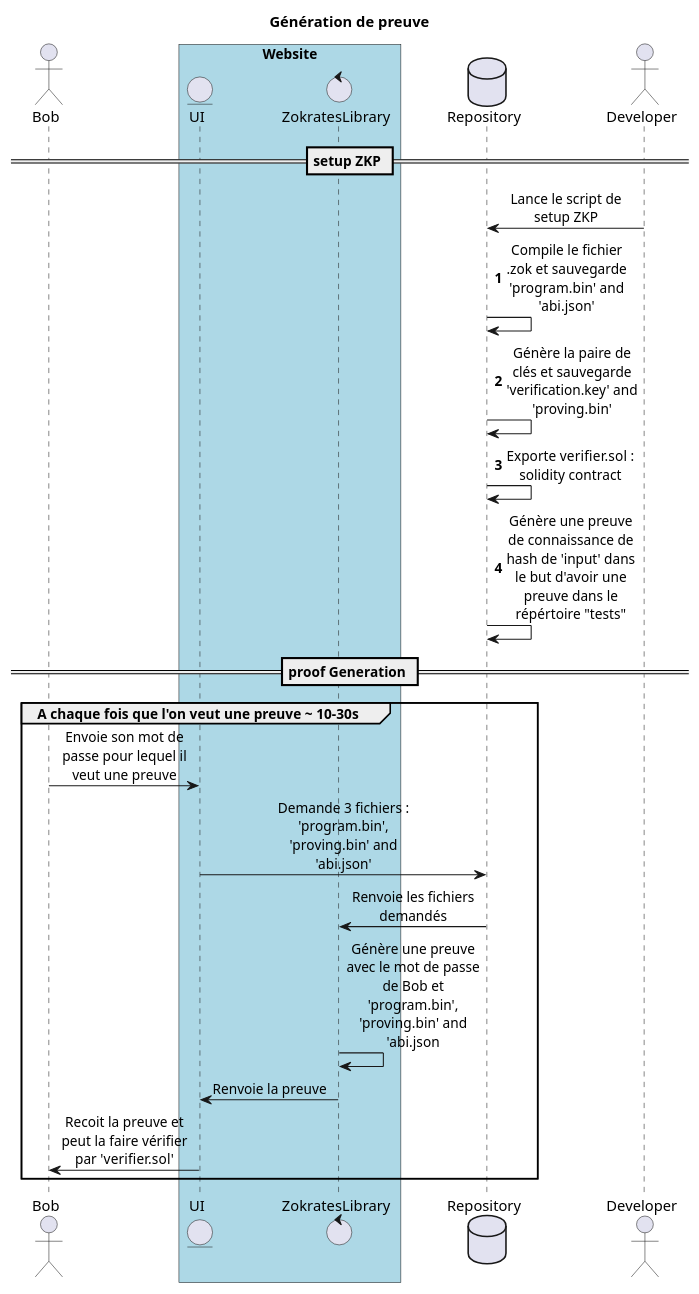
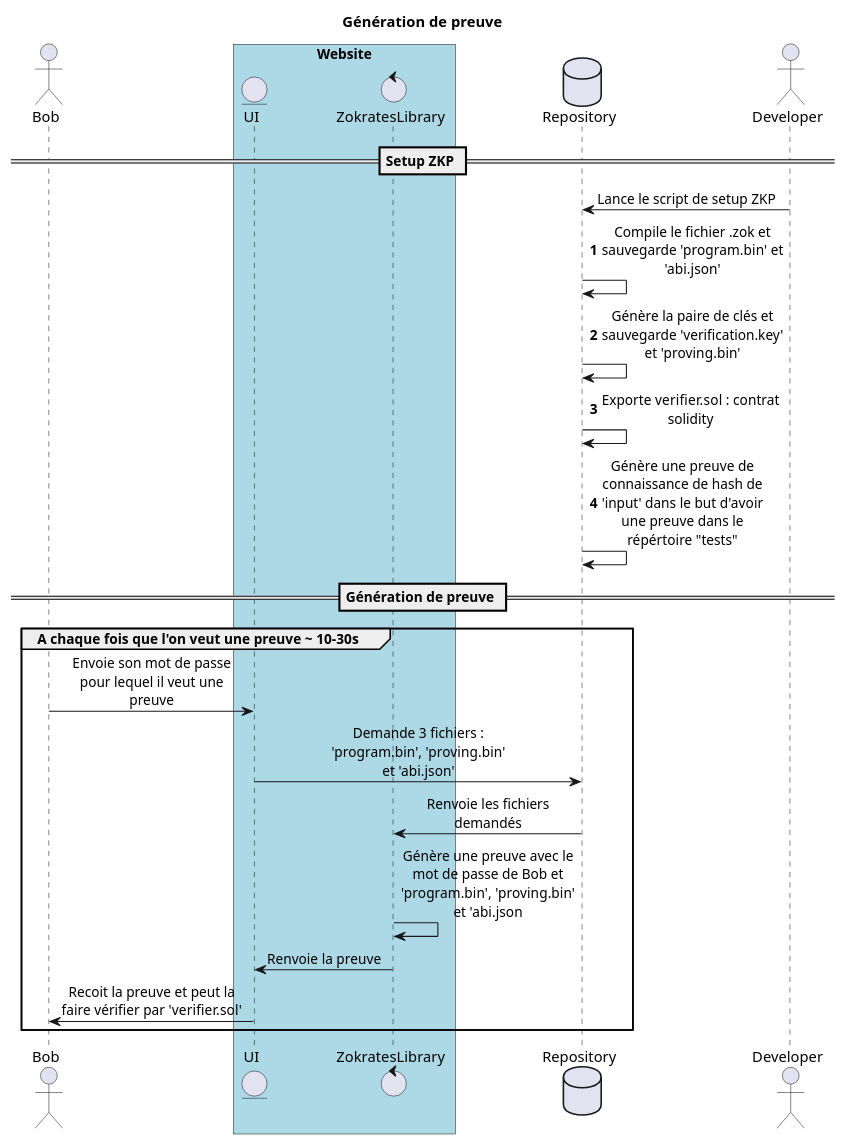
Before and after one commit to AymericNoel/POC_OCTO_ZKP: the diagram in docs/plantUML files/fr/GenerationPreuve.wsd, drawn with PlantUML. The commit also changed 4 other files, not shown here.

Commit message:
Update plantuml files

```diff
--- a/docs/plantUML files/fr/GenerationPreuve.wsd
+++ b/docs/plantUML files/fr/GenerationPreuve.wsd
@@ -1,31 +1,31 @@
-@startuml proofGeneration
+@startuml GenerationPreuve
 title **Génération de preuve**
 skinparam sequenceMessageAlign center
-skinparam maxMessageSize 130
+skinparam maxMessageSize 180
 actor Bob
 box "Website" #LightBlue
 entity UI
 control ZokratesLibrary
 end box
 database Repository
 actor Developer
 
-== setup ZKP ==
+== Setup ZKP ==
 Developer -> Repository: Lance le script de setup ZKP
 autonumber
-Repository-> Repository : Compile le fichier .zok et sauvegarde 'program.bin' and 'abi.json'
-Repository -> Repository: Génère la paire de clés et sauvegarde 'verification.key' and 'proving.bin'
-Repository -> Repository: Exporte verifier.sol : solidity contract
+Repository-> Repository : Compile le fichier .zok et sauvegarde 'program.bin' et 'abi.json'
+Repository -> Repository: Génère la paire de clés et sauvegarde 'verification.key' et 'proving.bin'
+Repository -> Repository: Exporte verifier.sol : contrat solidity
 Repository-> Repository: Génère une preuve de connaissance de hash de 'input' dans le but d'avoir une preuve dans le répértoire "tests"
 autonumber stop
-== proof Generation ==
+== Génération de preuve ==
 group A chaque fois que l'on veut une preuve ~ 10-30s
 Bob -> UI: Envoie son mot de passe pour lequel il veut une preuve
-UI-> Repository: Demande 3 fichiers : 'program.bin', 'proving.bin' and 'abi.json'
+UI-> Repository: Demande 3 fichiers : 'program.bin', 'proving.bin' et 'abi.json'
 Repository-> ZokratesLibrary: Renvoie les fichiers demandés
-ZokratesLibrary -> ZokratesLibrary: Génère une preuve avec le mot de passe de Bob et 'program.bin', 'proving.bin' and 'abi.json
+ZokratesLibrary -> ZokratesLibrary: Génère une preuve avec le mot de passe de Bob et 'program.bin', 'proving.bin' et 'abi.json
 ZokratesLibrary -> UI : Renvoie la preuve
 UI -> Bob: Recoit la preuve et peut la faire vérifier par 'verifier.sol'
 end
 
 @enduml
```
